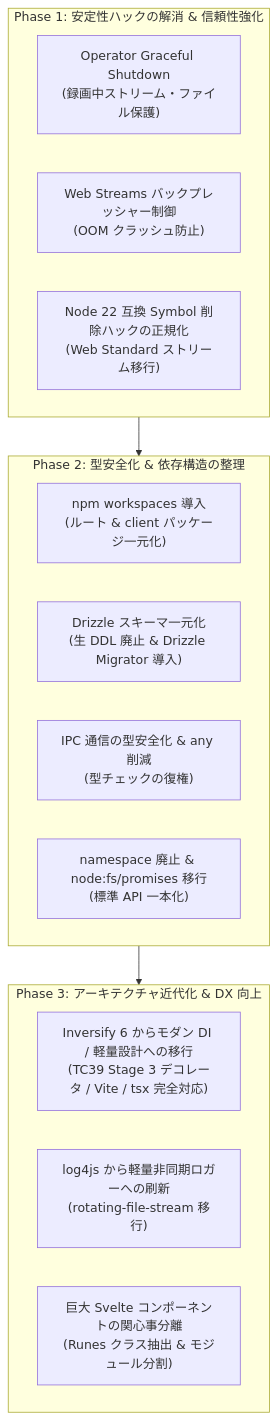
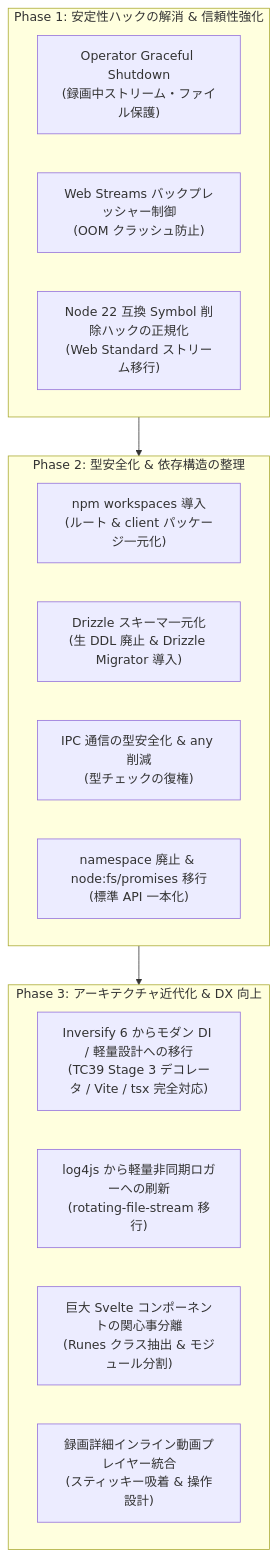
The diagram in docs/dev/modernization-roadmap.md (knzfujii/EPGDeck), drawn with Mermaid before and after one commit. The commit also changed other lines of this file and 14 other files, not shown here.

````diff
--- a/docs/dev/modernization-roadmap.md
+++ b/docs/dev/modernization-roadmap.md
@@ -26,25 +26,26 @@
 ```mermaid
 flowchart TD
     subgraph Phase1["Phase 1: 安定性ハックの解消 & 信頼性強化"]
         T1["Operator Graceful Shutdown<br>(録画中ストリーム・ファイル保護)"]
         T2["Web Streams バックプレッシャー制御<br>(OOM クラッシュ防止)"]
         T3["Node 22 互換 Symbol 削除ハックの正規化<br>(Web Standard ストリーム移行)"]
     end
 
     subgraph Phase2["Phase 2: 型安全化 & 依存構造の整理"]
         T4["npm workspaces 導入<br>(ルート & client パッケージ一元化)"]
         T5["Drizzle スキーマ一元化<br>(生 DDL 廃止 & Drizzle Migrator 導入)"]
         T6["IPC 通信の型安全化 & any 削減<br>(型チェックの復権)"]
         T7["namespace 廃止 & node:fs/promises 移行<br>(標準 API 一本化)"]
     end
 
     subgraph Phase3["Phase 3: アーキテクチャ近代化 & DX 向上"]
         T8["Inversify 6 からモダン DI / 軽量設計への移行<br>(TC39 Stage 3 デコレータ / Vite / tsx 完全対応)"]
         T9["log4js から軽量非同期ロガーへの刷新<br>(rotating-file-stream 移行)"]
 
         T10["巨大 Svelte コンポーネントの関心事分離<br>(Runes クラス抽出 & モジュール分割)"]
+        T11["録画詳細インライン動画プレイヤー統合<br>(スティッキー吸着 & 操作設計)"]
     end
 
     Phase1 --> Phase2
     Phase2 --> Phase3
 ```
````
